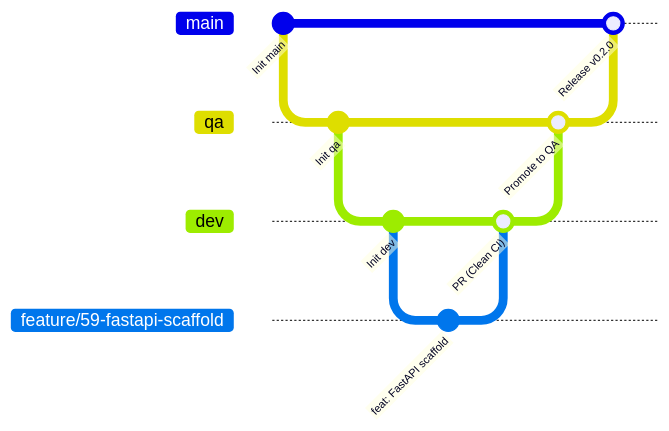
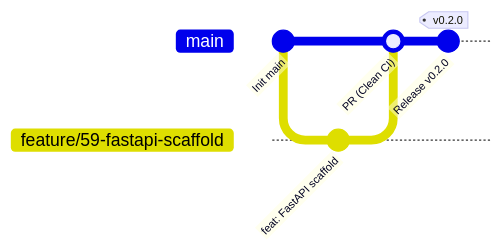
Before and after one commit to fpittelo/coach-web: the second of 2 diagrams in README.md, drawn with Mermaid. The commit also changed other lines of this file and 6 other files, not shown here.

````diff
--- a/README.md
+++ b/README.md
@@ -185,19 +185,10 @@
 ```mermaid
 gitGraph
     commit id: "Init main"
-    branch qa
-    checkout qa
-    commit id: "Init qa"
-    branch dev
-    checkout dev
-    commit id: "Init dev"
     branch feature/59-fastapi-scaffold
     checkout feature/59-fastapi-scaffold
     commit id: "feat: FastAPI scaffold"
-    checkout dev
+    checkout main
     merge feature/59-fastapi-scaffold id: "PR (Clean CI)"
-    checkout qa
-    merge dev id: "Promote to QA"
-    checkout main
-    merge qa id: "Release v0.2.0"
+    commit id: "Release v0.2.0" tag: "v0.2.0"
 ```
````
